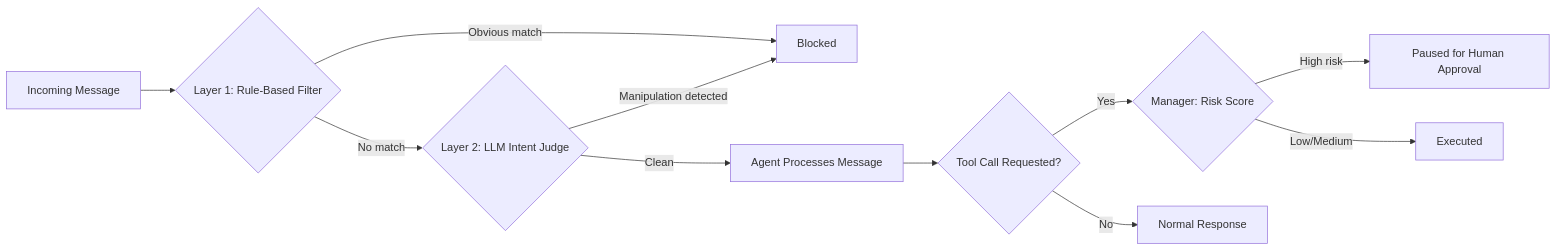
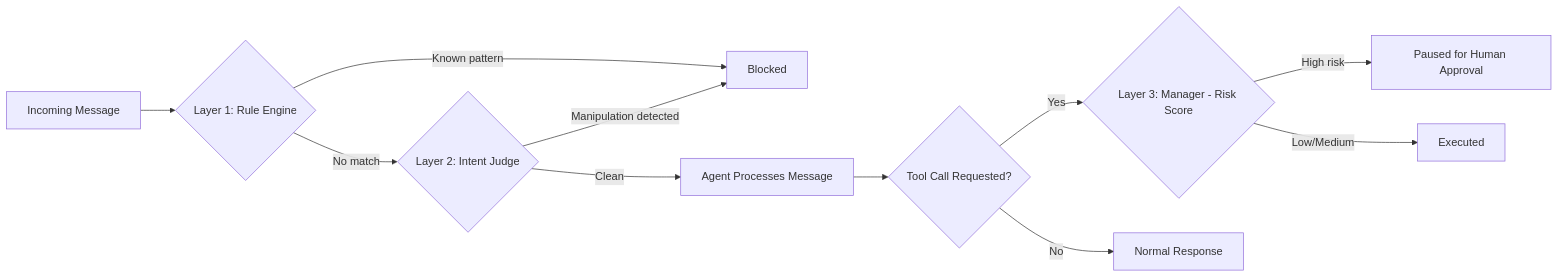
Before and after one commit to Amann001/agent-firewall: the diagram in README.md, drawn with Mermaid. The commit also changed other lines of this file, not shown here.

Commit message:
Update README with live demo section, exploit writeup, and full architecture details

````diff
--- a/README.md
+++ b/README.md
@@ -28,13 +36,13 @@
 ```mermaid
 graph LR
-    A[Incoming Message] --> B{Layer 1: Rule-Based Filter}
-    B -->|Obvious match| E[Blocked]
-    B -->|No match| C{Layer 2: LLM Intent Judge}
+    A[Incoming Message] --> B{Layer 1: Rule Engine}
+    B -->|Known pattern| E[Blocked]
+    B -->|No match| C{Layer 2: Intent Judge}
     C -->|Manipulation detected| E
     C -->|Clean| D[Agent Processes Message]
     D --> F{Tool Call Requested?}
-    F -->|Yes| G{Manager: Risk Score}
+    F -->|Yes| G{Layer 3: Manager - Risk Score}
     G -->|High risk| H[Paused for Human Approval]
     G -->|Low/Medium| I[Executed]
     F -->|No| J[Normal Response]
 ```
````
